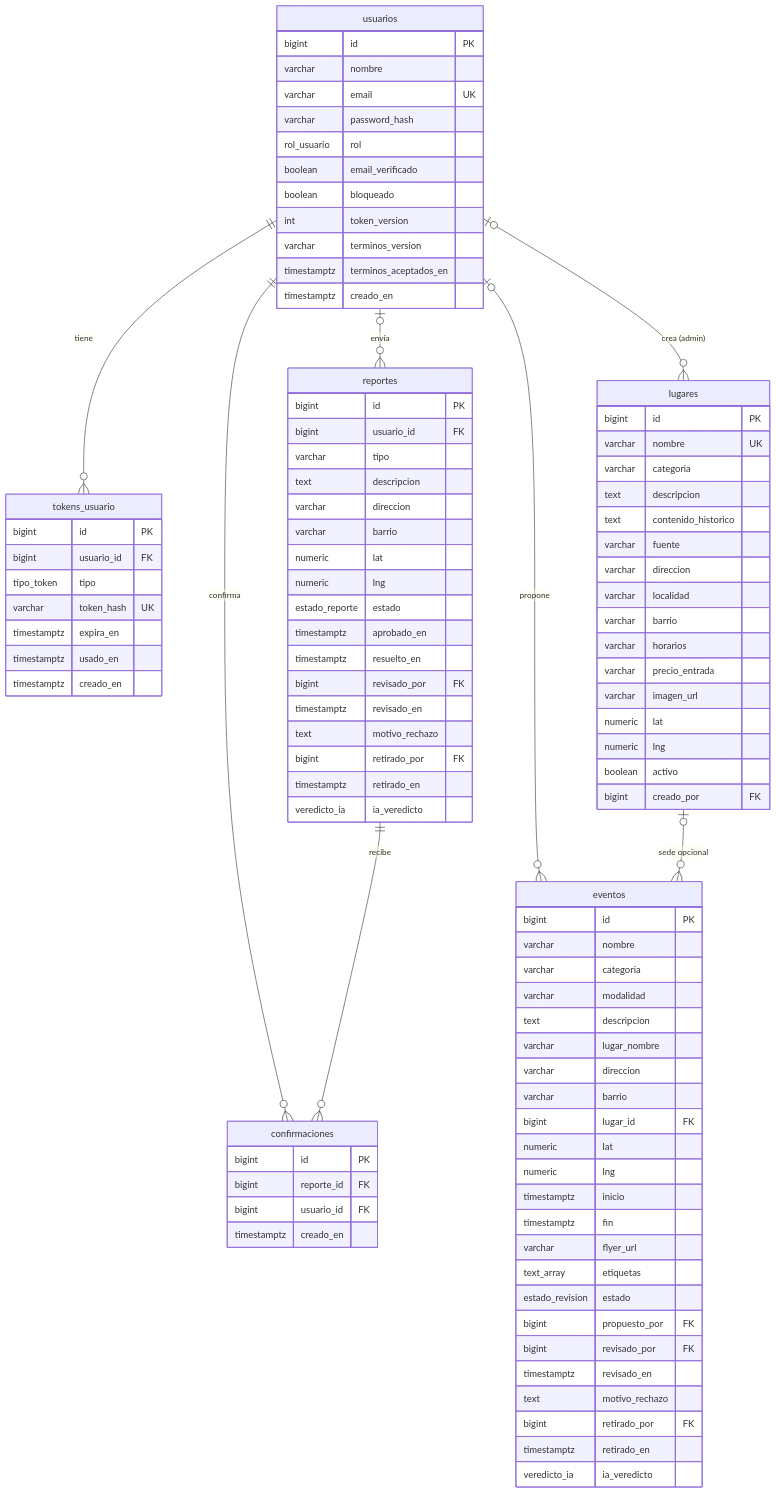
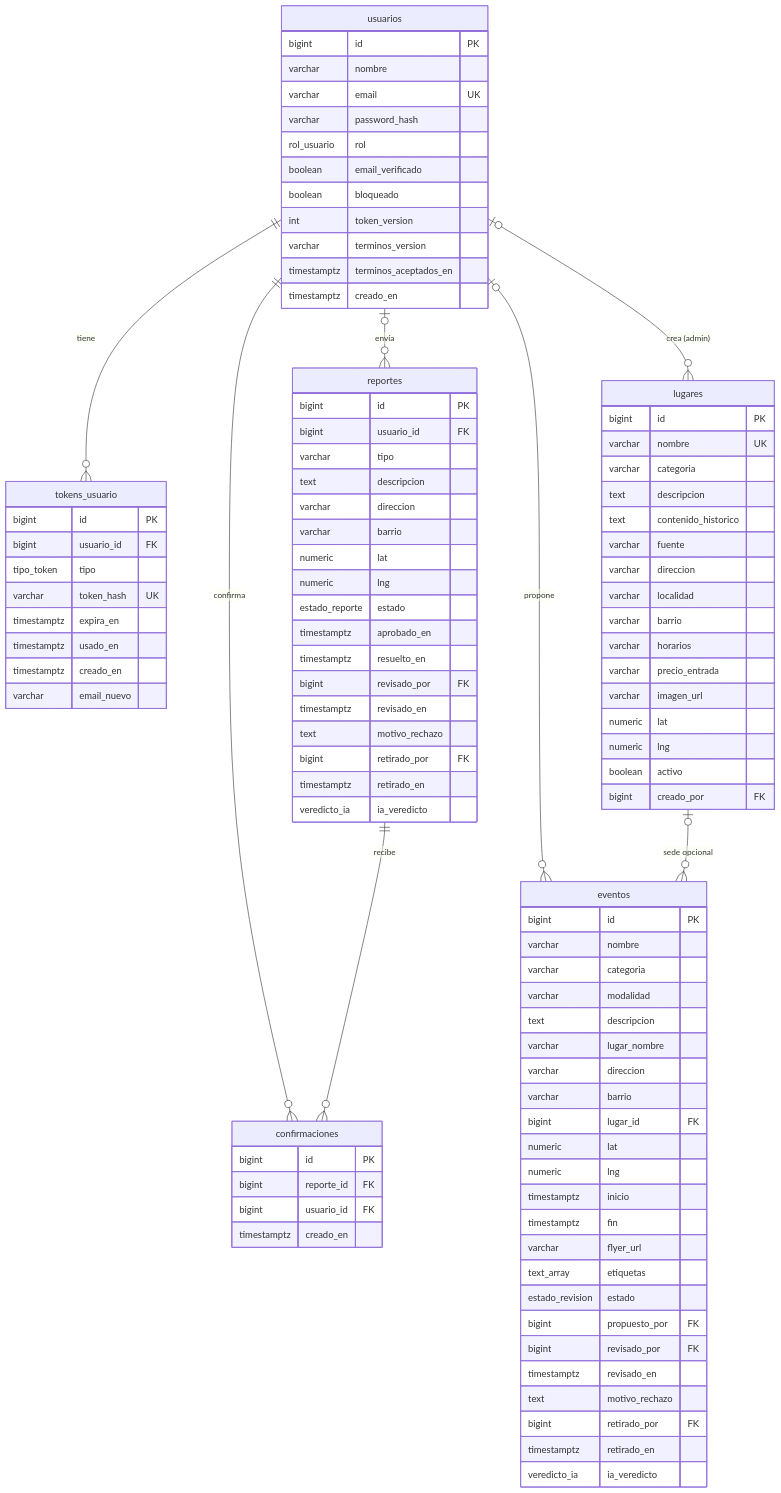
The first of 5 diagrams in docs/Modelo de datos TucuMaps.md (Fumacio/TucuMaps2), drawn with Mermaid before and after one commit. The commit also changed 17 other files, not shown here.

```diff
--- a/docs/Modelo de datos TucuMaps.md
+++ b/docs/Modelo de datos TucuMaps.md
@@ -53,6 +53,7 @@
         timestamptz expira_en
         timestamptz usado_en
         timestamptz creado_en
+        varchar email_nuevo
     }
     lugares {
         bigint id PK
```
